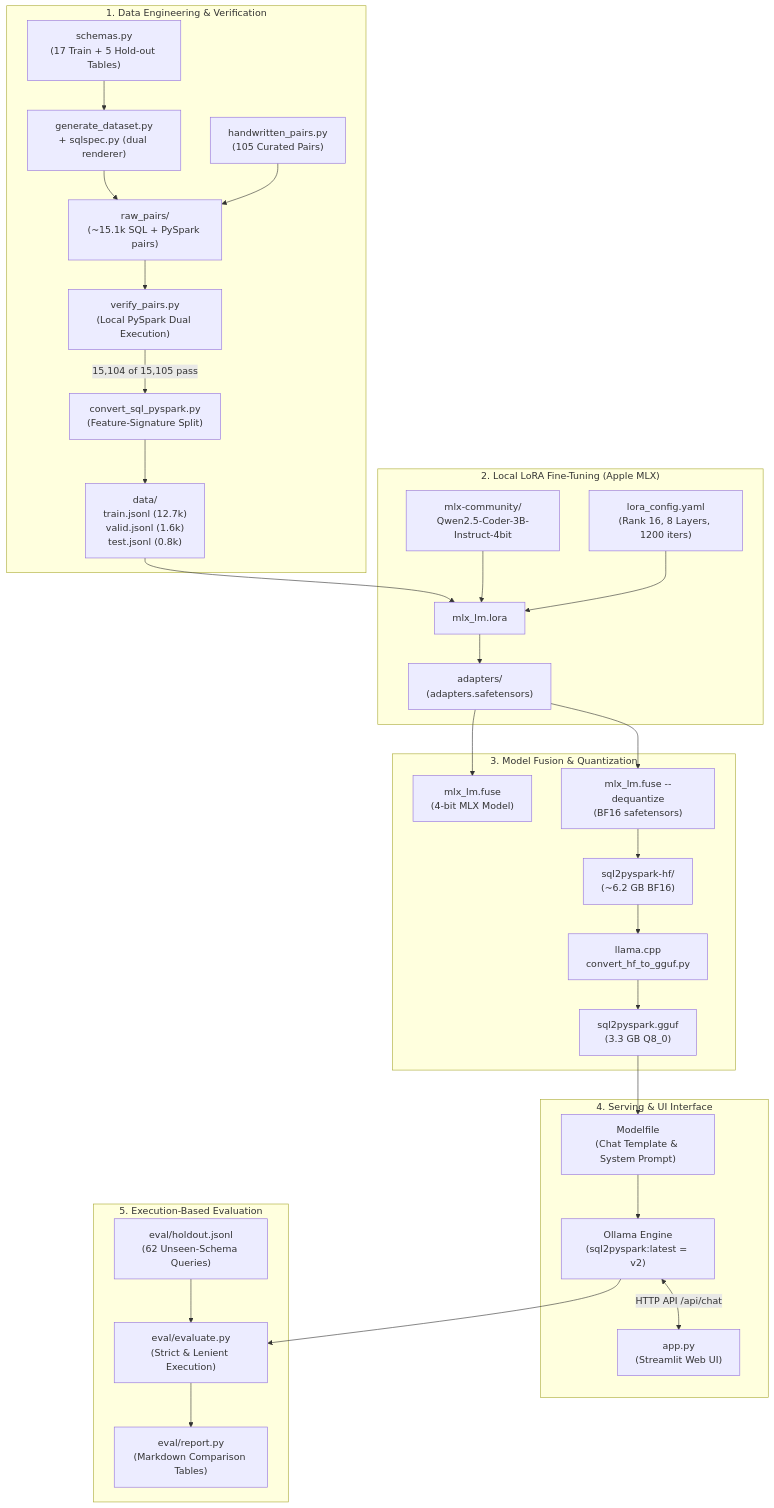
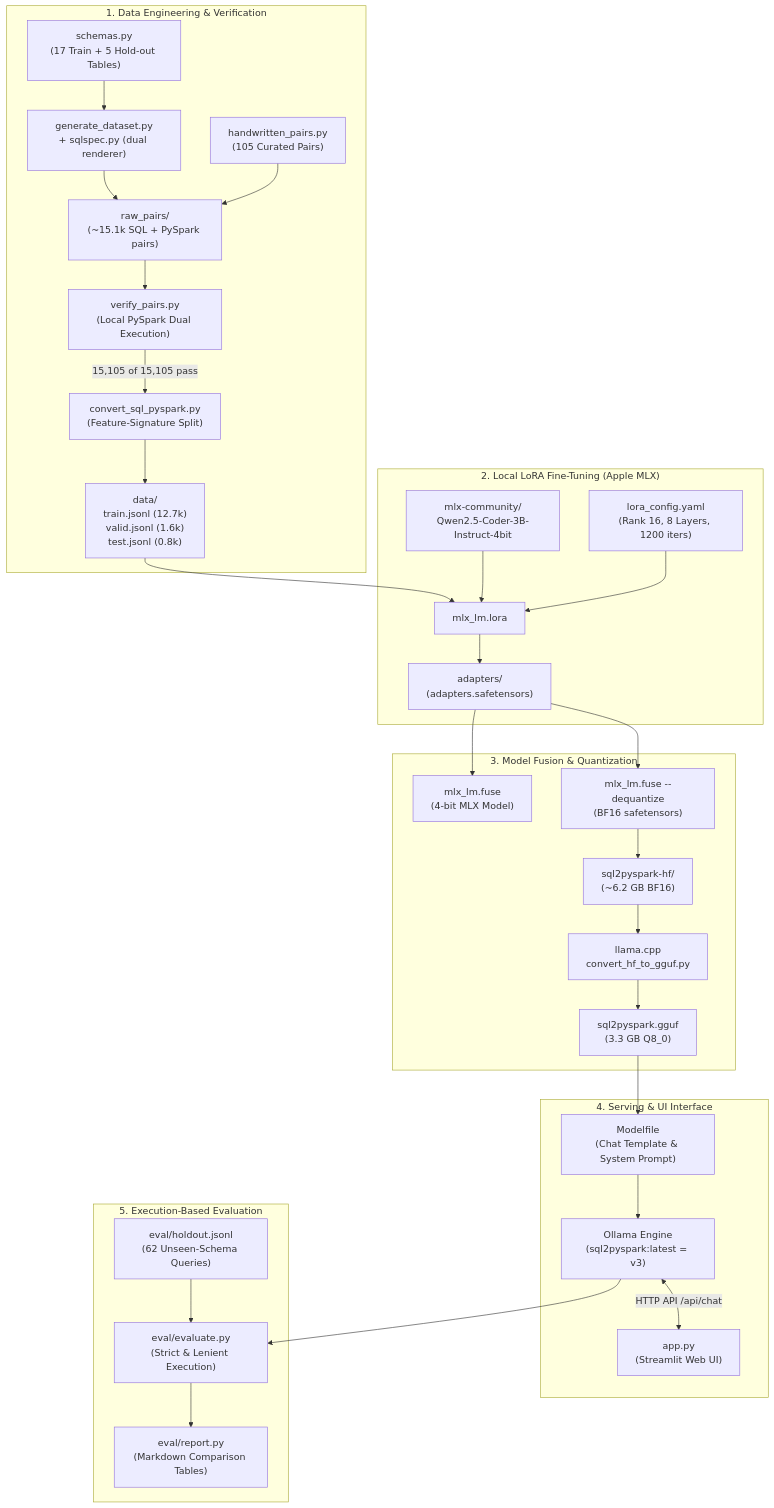
Before and after one commit to praponb/Finetuning-LLM: the diagram in docs/01-architecture-overview.md, drawn with Mermaid. The commit also changed other lines of this file and 9 other files, not shown here.

````diff
--- a/docs/01-architecture-overview.md
+++ b/docs/01-architecture-overview.md
@@ -11,65 +11,65 @@
 ```mermaid
 flowchart TD
     subgraph DataEngineering["1. Data Engineering & Verification"]
         S["schemas.py<br/>(17 Train + 5 Hold-out Tables)"]
         G["generate_dataset.py<br/>+ sqlspec.py (dual renderer)"]
         H["handwritten_pairs.py<br/>(105 Curated Pairs)"]
         Raw["raw_pairs/<br/>(~15.1k SQL + PySpark pairs)"]
         Verify["verify_pairs.py<br/>(Local PySpark Dual Execution)"]
         Split["convert_sql_pyspark.py<br/>(Feature-Signature Split)"]
         Data["data/<br/>train.jsonl (12.7k)<br/>valid.jsonl (1.6k)<br/>test.jsonl (0.8k)"]
 
         S --> G
         G --> Raw
         H --> Raw
         Raw --> Verify
-        Verify -->|15,104 of 15,105 pass| Split
+        Verify -->|15,105 of 15,105 pass| Split
         Split --> Data
     end
 
     subgraph Training["2. Local LoRA Fine-Tuning (Apple MLX)"]
         BaseModel["mlx-community/<br/>Qwen2.5-Coder-3B-Instruct-4bit"]
         Config["lora_config.yaml<br/>(Rank 16, 8 Layers, 1200 iters)"]
         MLX["mlx_lm.lora"]
         Adapters["adapters/<br/>(adapters.safetensors)"]
 
         Data --> MLX
         BaseModel --> MLX
         Config --> MLX
         MLX --> Adapters
     end
 
     subgraph ExportQuantization["3. Model Fusion & Quantization"]
         FuseMLX["mlx_lm.fuse<br/>(4-bit MLX Model)"]
         FuseHF["mlx_lm.fuse --dequantize<br/>(BF16 safetensors)"]
         HFDir["sql2pyspark-hf/<br/>(~6.2 GB BF16)"]
         GGUFConv["llama.cpp<br/>convert_hf_to_gguf.py"]
         GGUF["sql2pyspark.gguf<br/>(3.3 GB Q8_0)"]
 
         Adapters --> FuseMLX
         Adapters --> FuseHF
         FuseHF --> HFDir
         HFDir --> GGUFConv
         GGUFConv --> GGUF
     end
 
     subgraph ServingUI["4. Serving & UI Interface"]
         Modelfile["Modelfile<br/>(Chat Template & System Prompt)"]
-        Ollama["Ollama Engine<br/>(sql2pyspark:latest = v2)"]
+        Ollama["Ollama Engine<br/>(sql2pyspark:latest = v3)"]
         Streamlit["app.py<br/>(Streamlit Web UI)"]
 
         GGUF --> Modelfile
         Modelfile --> Ollama
         Ollama <-->|HTTP API /api/chat| Streamlit
     end
 
     subgraph Evaluation["5. Execution-Based Evaluation"]
         Holdout["eval/holdout.jsonl<br/>(62 Unseen-Schema Queries)"]
         EvalRunner["eval/evaluate.py<br/>(Strict & Lenient Execution)"]
         Report["eval/report.py<br/>(Markdown Comparison Tables)"]
 
         Ollama --> EvalRunner
         Holdout --> EvalRunner
         EvalRunner --> Report
     end
 ```
````
